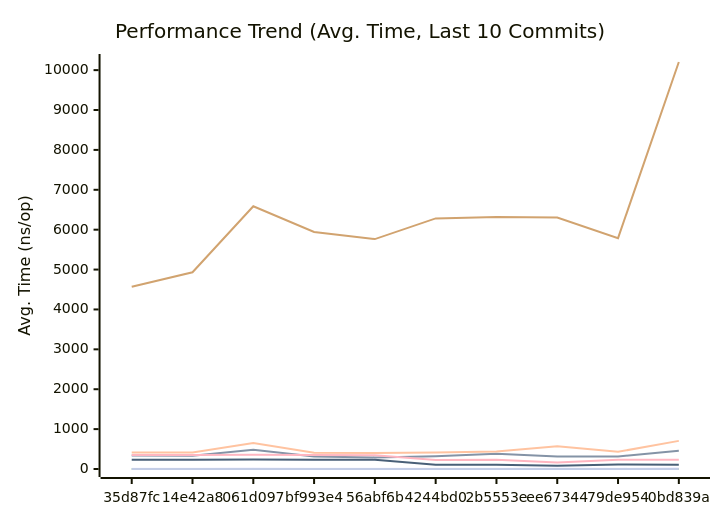
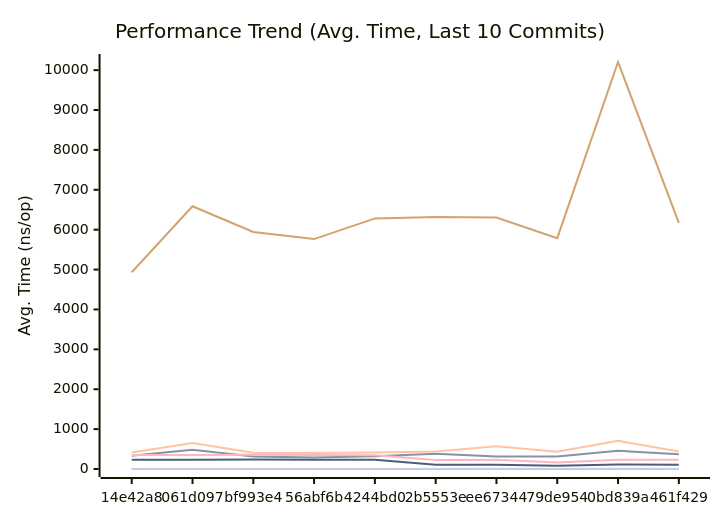
The first of 3 diagrams in docs/PERFORMANCE.md (alsotoes/momo), drawn with Mermaid before and after one commit. The commit also changed other lines of this file and 3 other files, not shown here.

````diff
--- a/docs/PERFORMANCE.md
+++ b/docs/PERFORMANCE.md
@@ -80,16 +80,16 @@
 ```mermaid
 xychart-beta
     title "Performance Trend (Avg. Time, Last 10 Commits)"
     x-axis "Commit"
     y-axis "Avg. Time (ns/op)"
-    x-axis [35d87fc,14e42a8,061d097,bf993e4,56abf6b,4244bd0,2b5553e,ee67344,79de954,0bd839a]
-    line "CheckMetricsAndSwap" [7,8,11,7,9,8,8,10,8,18]
-    line "CrushOptimized" [340,334,480,316,291,320,382,312,314,456]
-    line "CrushOriginal" [411,411,653,408,400,411,439,573,431,705]
+    x-axis [14e42a8,061d097,bf993e4,56abf6b,4244bd0,2b5553e,ee67344,79de954,0bd839a,461f429]
+    line "CheckMetricsAndSwap" [8,11,7,9,8,8,10,8,18,9]
+    line "CrushOptimized" [334,480,316,291,320,382,312,314,456,371]
+    line "CrushOriginal" [411,653,408,400,411,439,573,431,705,437]
     line "IndexDirectTracking" [0,0,0,0,0,0,0,0,0,0]
     line "IndexSearch" [3,3,3,3,3,3,3,3,3,3]
-    line "LoadGlobalConfig" [4567,4932,6586,5941,5764,6283,6321,6306,5787,10204]
-    line "PadString" [2,2,3,2,2,2,2,2,2,2]
+    line "LoadGlobalConfig" [4932,6586,5941,5764,6283,6321,6306,5787,10204,6171]
+    line "PadString" [2,3,2,2,2,2,2,2,2,2]
     line "ParseReplicationOrder_NoPrealloc" [350,349,357,354,345,225,229,165,232,234]
     line "ParseReplicationOrder_Prealloc" [229,231,237,234,229,108,107,80,110,109]
 ```
````
